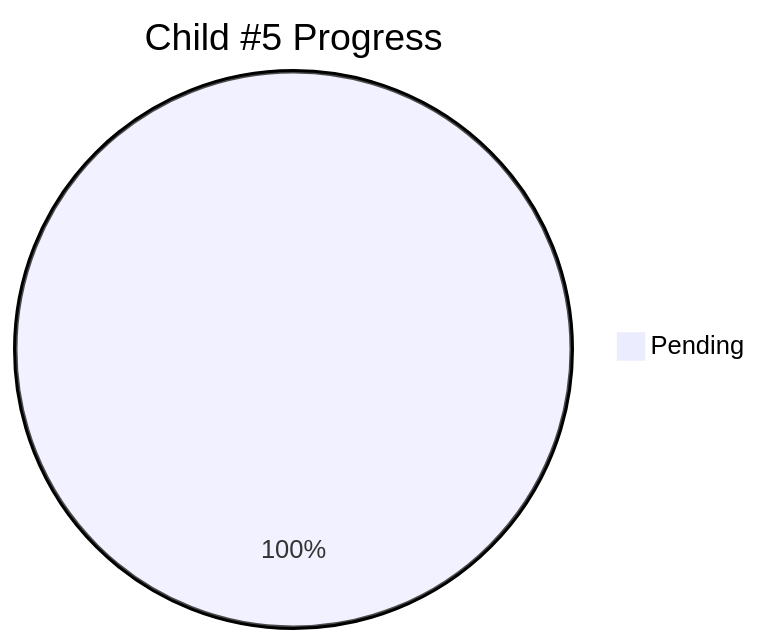
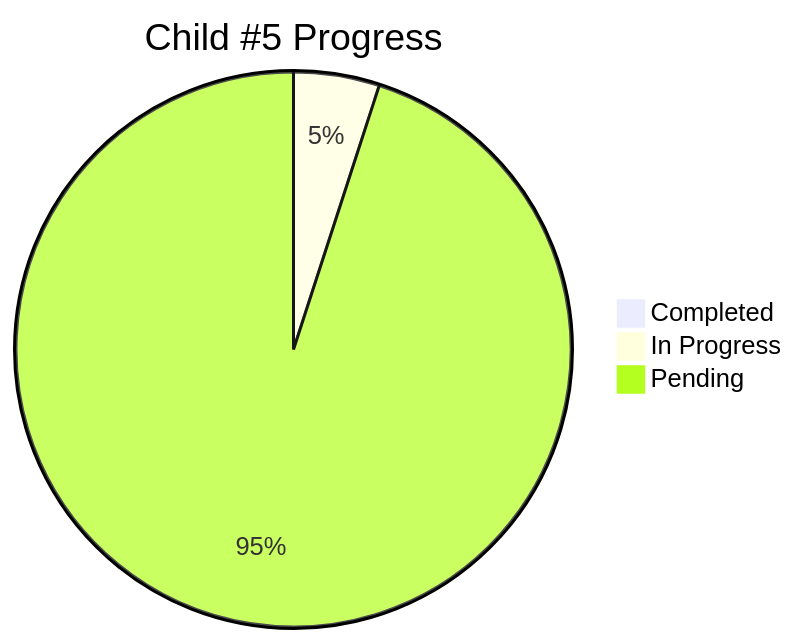
The diagram in docs/proposals/epic-2-github-pages-federation/child-5-testing-validation/progress.md (info-tech-io/info-tech-io.github.io), drawn with Mermaid before and after one commit. The commit also changed other lines of this file and 16 other files, not shown here.

````diff
--- a/docs/proposals/epic-2-github-pages-federation/child-5-testing-validation/progress.md
+++ b/docs/proposals/epic-2-github-pages-federation/child-5-testing-validation/progress.md
@@ -11,4 +11,6 @@
 ```mermaid
 pie title Child #5 Progress
-    "Pending" : 100
+    "Completed" : 0
+    "In Progress" : 5
+    "Pending" : 95
 ```
````
